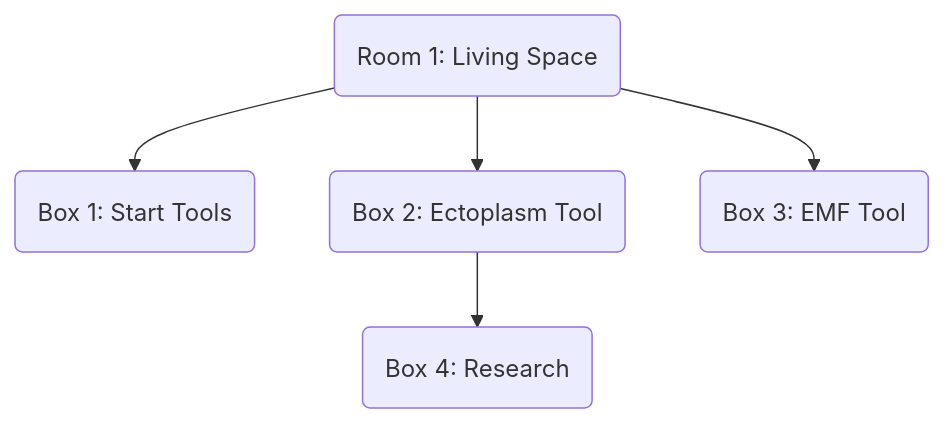
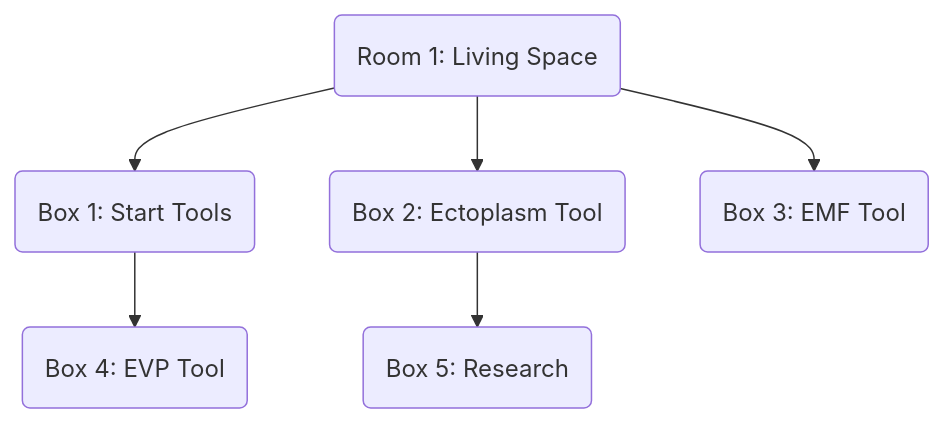
The diagram in content/rooms/ghost-chasers/index.md (open-sesame-escape/open-sesame-escape.github.io), drawn with Mermaid before and after one commit. The commit also changed other lines of this file and 7 other files, not shown here.

```diff
--- a/content/rooms/ghost-chasers/index.md
+++ b/content/rooms/ghost-chasers/index.md
@@ -145,8 +176,9 @@
 {{< mermaid align="center" >}}
 graph TB;
   R1(Room 1: Living Space) --> B1 & B2 & B3
-  B1(Box 1: Start Tools)
-  B2(Box 2: Ectoplasm Tool) --> B4
+  B1(Box 1: Start Tools) --> B4
+  B2(Box 2: Ectoplasm Tool) --> B5
   B3(Box 3: EMF Tool)
-  B4(Box 4: Research)
+  B4(Box 4: EVP Tool)
+  B5(Box 5: Research)
 {{< /mermaid >}}
```
